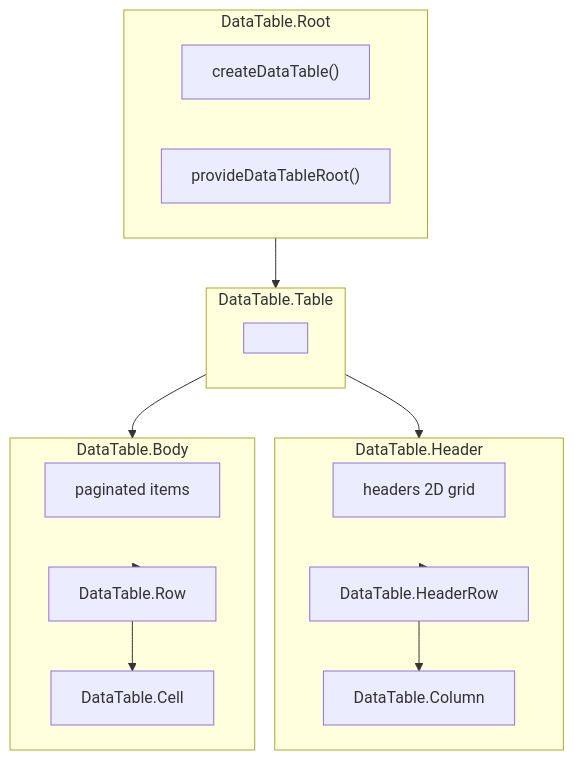
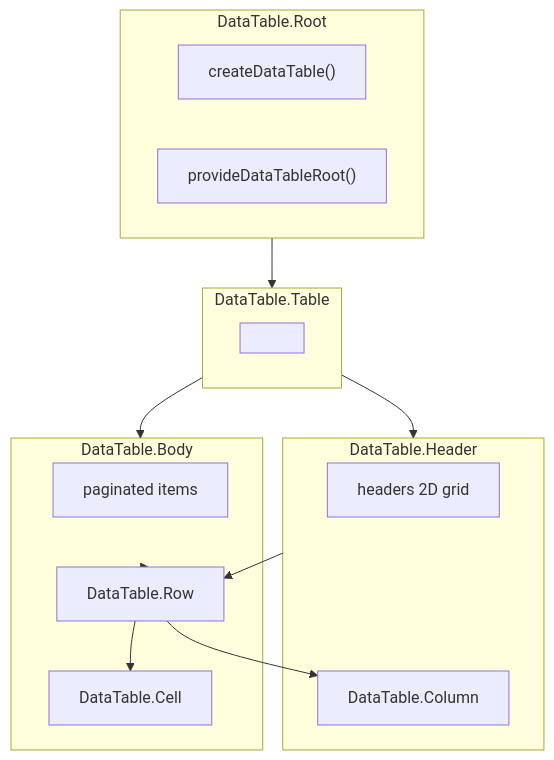
Before and after one commit to vuetifyjs/0: the diagram in apps/docs/src/pages/components/data/data-table.md, drawn with Mermaid. The commit also changed other lines of this file and 8 other files, not shown here.

First line of the commit message:
fix(DataTable): drop HeaderRow, use Row in the header

````diff
--- a/apps/docs/src/pages/components/data/data-table.md
+++ b/apps/docs/src/pages/components/data/data-table.md
@@ -67,29 +67,28 @@
 ```mermaid "Component Flow"
 flowchart TD
   subgraph Root["DataTable.Root"]
     Context["createDataTable()"]
     Provide["provideDataTableRoot()"]
   end
 
   subgraph Table["DataTable.Table"]
     TableEl["<table>"]
   end
 
   subgraph Header["DataTable.Header"]
     Headers["headers 2D grid"]
-    HeaderRow["DataTable.HeaderRow"]
     Column["DataTable.Column"]
   end
 
   subgraph Body["DataTable.Body"]
     Items["paginated items"]
     Row["DataTable.Row"]
     Cell["DataTable.Cell"]
   end
 
   Root --> Table
   Table --> Header
   Table --> Body
-  Header --> HeaderRow --> Column
+  Header --> Row --> Column
   Body --> Row --> Cell
 ```
````
